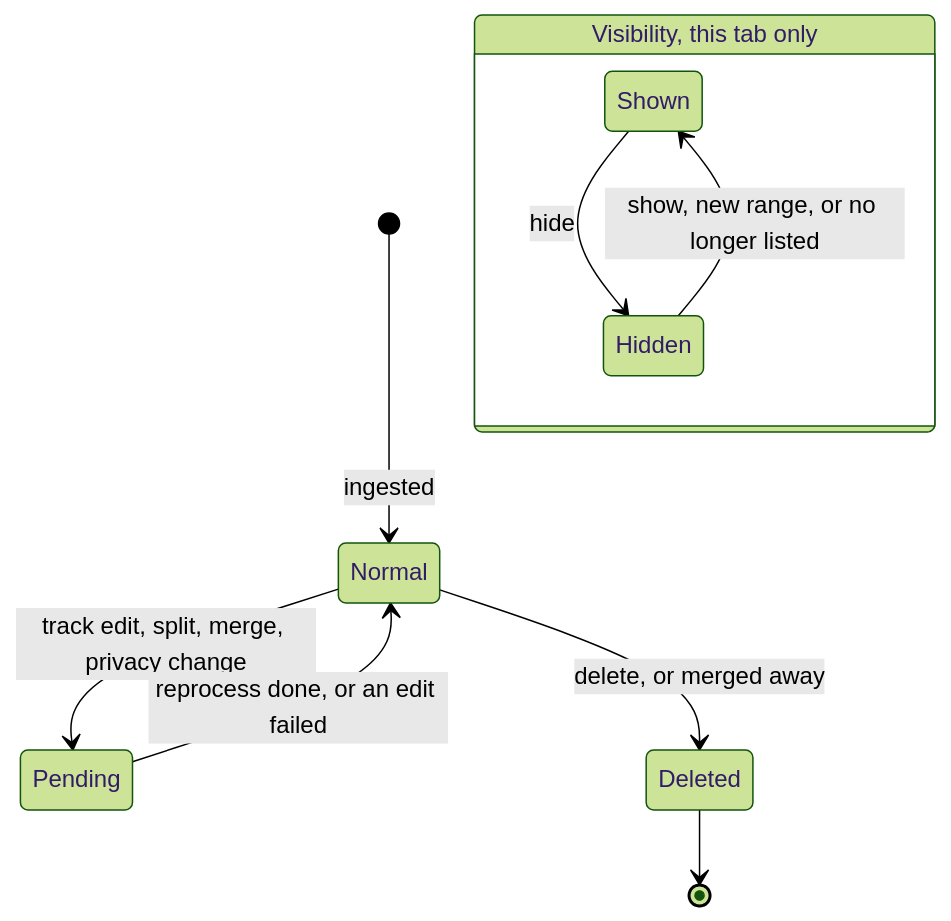
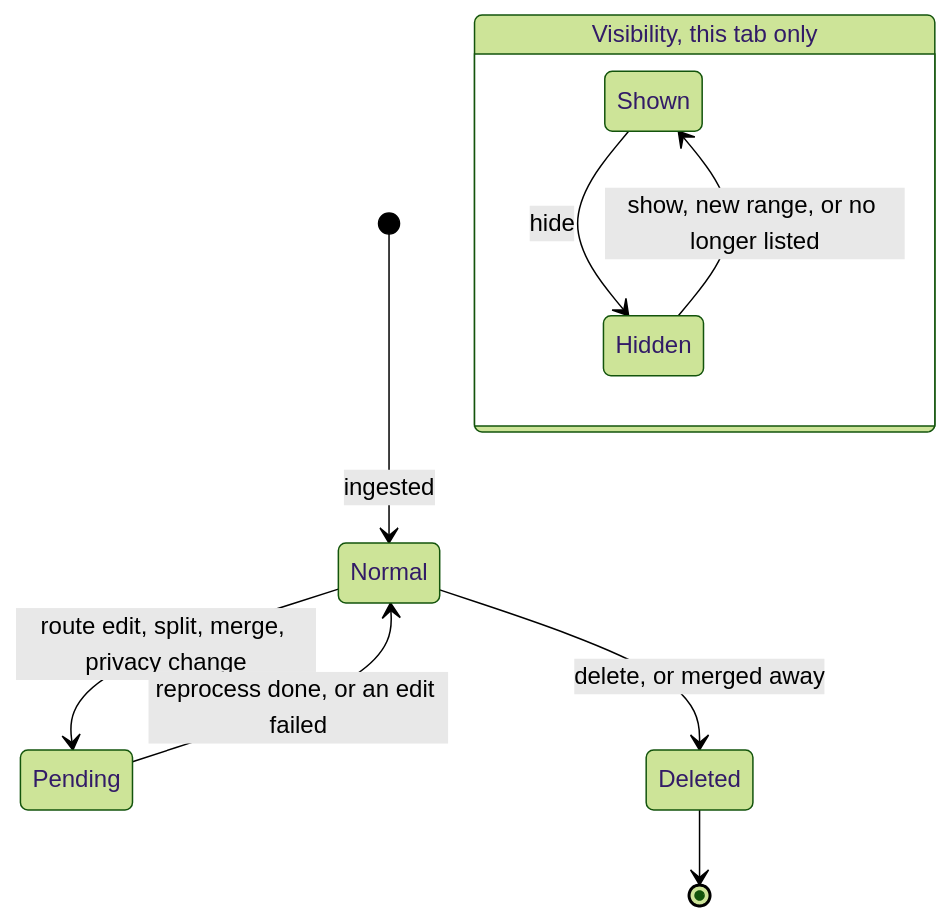
Before and after one commit to HoldMyTrack/platform: the first of 2 diagrams in docs/SPEC.md, drawn with Mermaid (forest theme). The commit also changed other lines of this file and 34 other files, not shown here.

First line of the commit message:
Docs: Rename Activities to Tracks, Stories to Trips, and a track's geometry to route

````diff
--- a/docs/SPEC.md
+++ b/docs/SPEC.md
@@ -409,12 +409,12 @@
 ```mermaid
 stateDiagram-v2
     [*] --> Normal: ingested
-    Normal --> Pending: track edit, split, merge, privacy change
+    Normal --> Pending: route edit, split, merge, privacy change
     Pending --> Normal: reprocess done, or an edit failed
     Normal --> Deleted: delete, or merged away
     Deleted --> [*]
     state "Visibility, this tab only" as Visibility {
         Shown --> Hidden: hide
         Hidden --> Shown: show, new range, or no longer listed
     }
 ```
````
